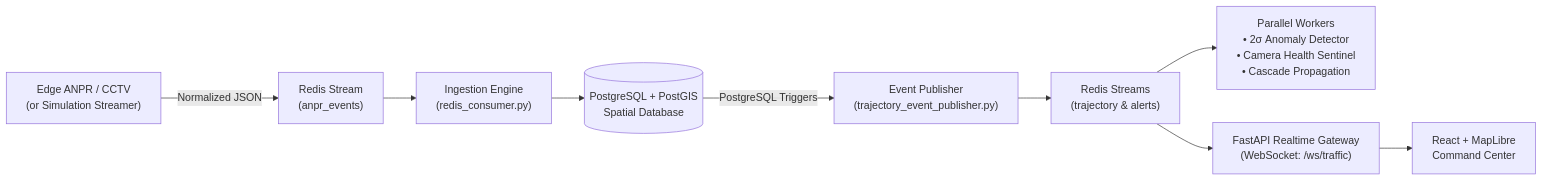
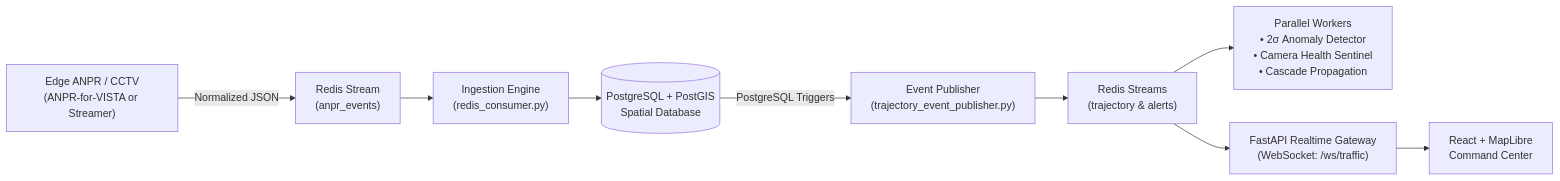
The diagram in README.md (DILIP-KANNAN/Visual-Intelligence-Surviellence-and-Traffic-Analytics), drawn with Mermaid before and after one commit. The commit also changed other lines of this file and 2 other files, not shown here.

Commit message:
docs: link ANPR-for-VISTA edge perception repository in README and architecture specs

````diff
--- a/README.md
+++ b/README.md
@@ -24,11 +26,11 @@
 ```mermaid
 flowchart LR
-    A["Edge ANPR / CCTV<br/>(or Simulation Streamer)"] -->|Normalized JSON| B["Redis Stream<br/>(anpr_events)"]
+    A["Edge ANPR / CCTV<br/>(ANPR-for-VISTA or Streamer)"] -->|Normalized JSON| B["Redis Stream<br/>(anpr_events)"]
     B --> C["Ingestion Engine<br/>(redis_consumer.py)"]
     C --> D[("PostgreSQL + PostGIS<br/>Spatial Database")]
     D -->|PostgreSQL Triggers| E["Event Publisher<br/>(trajectory_event_publisher.py)"]
     E --> F["Redis Streams<br/>(trajectory & alerts)"]
     F --> G["Parallel Workers<br/>• 2σ Anomaly Detector<br/>• Camera Health Sentinel<br/>• Cascade Propagation"]
     F --> H["FastAPI Realtime Gateway<br/>(WebSocket: /ws/traffic)"]
     H --> I["React + MapLibre<br/>Command Center"]
 ```
````
